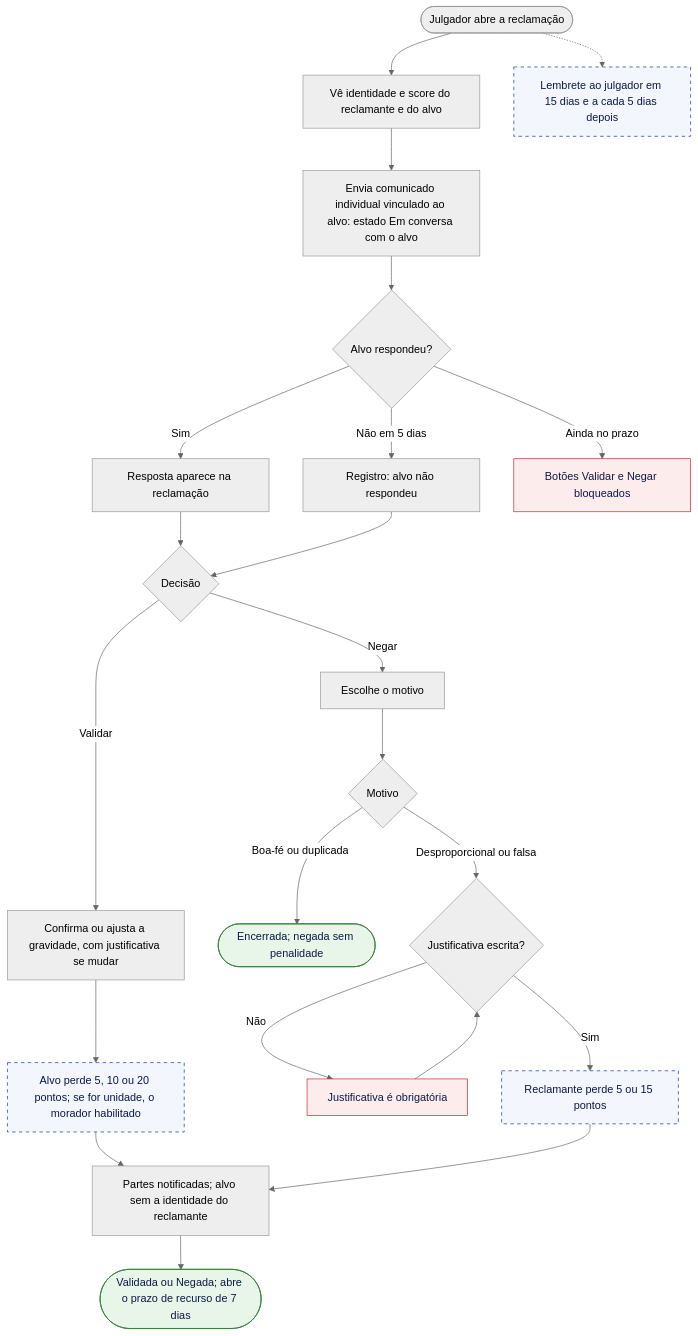
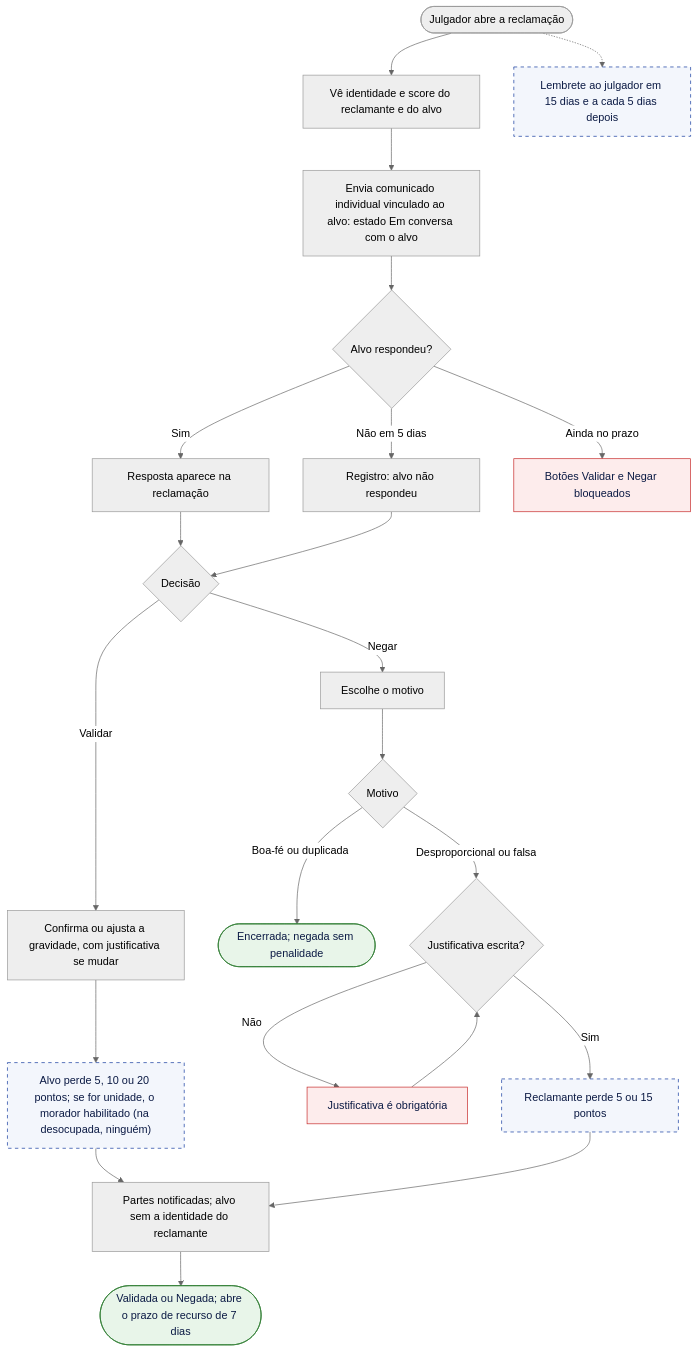
Diagram 18 of 26 in docs/02-design/02-user-flows.md (pedrolems/CondomiFacil), drawn with Mermaid (neutral theme) before and after one commit. The commit also changed other lines of this file and 11 other files, not shown here.

````diff
--- a/docs/02-design/02-user-flows.md
+++ b/docs/02-design/02-user-flows.md
@@ -689,31 +736,31 @@
 ```mermaid
 flowchart TD
     A(["Julgador abre a reclamação"]) --> B["Vê identidade e score do reclamante e do alvo"]
     B --> C["Envia comunicado individual vinculado ao alvo: estado Em conversa com o alvo"]
     C --> D{"Alvo respondeu?"}
     D -->|"Sim"| F["Resposta aparece na reclamação"]
     D -->|"Não em 5 dias"| G["Registro: alvo não respondeu"]
     D -->|"Ainda no prazo"| E1["Botões Validar e Negar bloqueados"]
     F --> H{"Decisão"}
     G --> H
     H -->|"Validar"| I["Confirma ou ajusta a gravidade, com justificativa se mudar"]
-    I --> S1["Alvo perde 5, 10 ou 20 pontos; se for unidade, o morador habilitado"]
+    I --> S1["Alvo perde 5, 10 ou 20 pontos; se for unidade, o morador habilitado (na desocupada, ninguém)"]
     H -->|"Negar"| J["Escolhe o motivo"]
     J --> K{"Motivo"}
     K -->|"Boa-fé ou duplicada"| L(["Encerrada; negada sem penalidade"])
     K -->|"Desproporcional ou falsa"| M{"Justificativa escrita?"}
     M -->|"Não"| E2["Justificativa é obrigatória"]
     E2 --> M
     M -->|"Sim"| S2["Reclamante perde 5 ou 15 pontos"]
     S1 --> N["Partes notificadas; alvo sem a identidade do reclamante"]
     S2 --> N
     N --> Z(["Validada ou Negada; abre o prazo de recurso de 7 dias"])
     S3["Lembrete ao julgador em 15 dias e a cada 5 dias depois"]
     A -.-> S3
     classDef ok fill:#E8F5E9,stroke:#2E7D32,color:#0B1A44
     classDef erro fill:#FDECEC,stroke:#C62828,color:#0B1A44
     classDef sis fill:#F3F6FC,stroke:#0E359D,stroke-dasharray:5 5,color:#0B1A44
     class Z,L ok
     class E1,E2 erro
     class S1,S2,S3 sis
 ```
````
